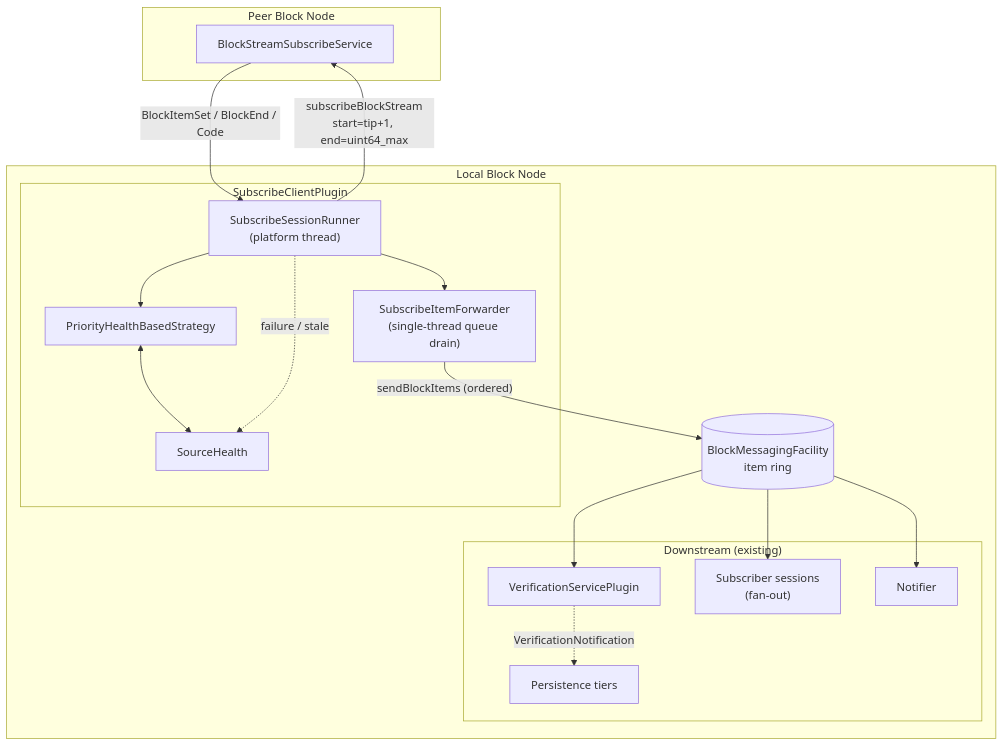
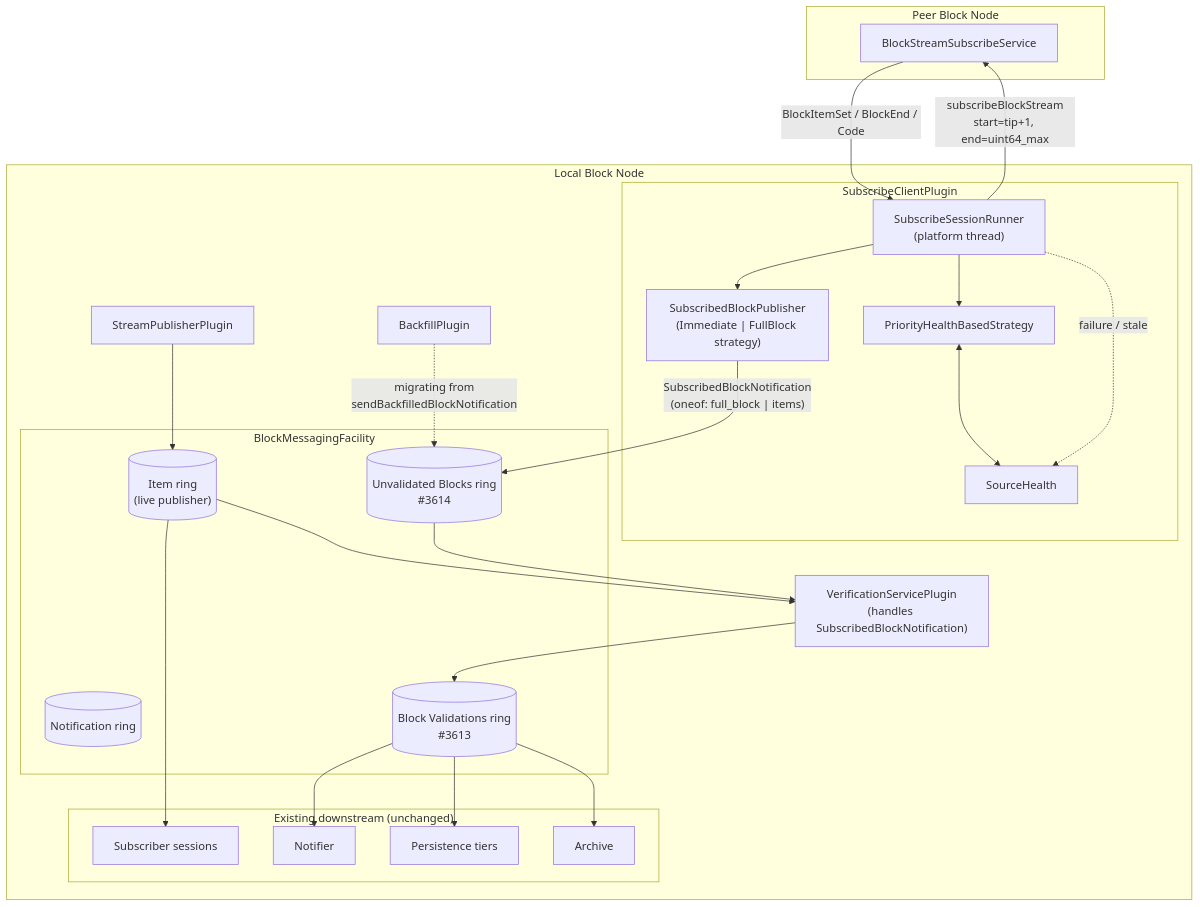
One commit to hiero-ledger/hiero-block-node changed the first of 2 diagrams in docs/design/streaming/subscribe-client-plugin.md. Above: the diagram before and after it, drawn with Mermaid. The commit also changed other lines of this file, not shown here.

````diff
--- a/docs/design/streaming/subscribe-client-plugin.md
+++ b/docs/design/streaming/subscribe-client-plugin.md
@@ -262,37 +316,52 @@
 ```mermaid
 flowchart TB
   subgraph Peer["Peer Block Node"]
     PSS["BlockStreamSubscribeService"]
   end
 
   subgraph Local["Local Block Node"]
     subgraph Plugin["SubscribeClientPlugin"]
       SSR["SubscribeSessionRunner<br/>(platform thread)"]
-      SIF["SubscribeItemForwarder<br/>(single-thread queue drain)"]
+      SBP["SubscribedBlockPublisher<br/>(Immediate | FullBlock strategy)"]
       SEL["PriorityHealthBasedStrategy"]
       SH["SourceHealth"]
     end
 
-    BMF[("BlockMessagingFacility<br/>item ring")]
+    subgraph Facility["BlockMessagingFacility"]
+      IR[("Item ring<br/>(live publisher)")]
+      NR[("Notification ring")]
+      VR[("Block Validations ring<br/>#3613")]
+      UR[("Unvalidated Blocks ring<br/>#3614")]
+    end
 
-    subgraph Downstream["Downstream (existing)"]
-      VER["VerificationServicePlugin"]
-      SUB["Subscriber sessions<br/>(fan-out)"]
+    SPP["StreamPublisherPlugin"]
+    BFP["BackfillPlugin"]
+
+    VER["VerificationServicePlugin<br/>(handles SubscribedBlockNotification)"]
+
+    subgraph Downstream["Existing downstream (unchanged)"]
+      SUB["Subscriber sessions"]
       NOT["Notifier"]
       PER["Persistence tiers"]
+      ARC["Archive"]
     end
   end
 
   SSR -->|"subscribeBlockStream<br/>start=tip+1, end=uint64_max"| PSS
   PSS -->|"BlockItemSet / BlockEnd / Code"| SSR
-  SSR --> SIF
-  SIF -->|"sendBlockItems (ordered)"| BMF
-  BMF --> VER
-  BMF --> SUB
-  BMF --> NOT
-  VER -.->|"VerificationNotification"| PER
+  SSR --> SBP
+  SBP -->|"SubscribedBlockNotification<br/>(oneof: full_block | items)"| UR
+  BFP -.->|"migrating from<br/>sendBackfilledBlockNotification"| UR
+  SPP --> IR
+  IR --> VER
+  UR --> VER
+  VER --> VR
+  VR --> PER
+  VR --> ARC
+  VR --> NOT
+  IR --> SUB
 
   SEL <--> SH
   SSR --> SEL
   SSR -.->|"failure / stale"| SH
 ```
````
